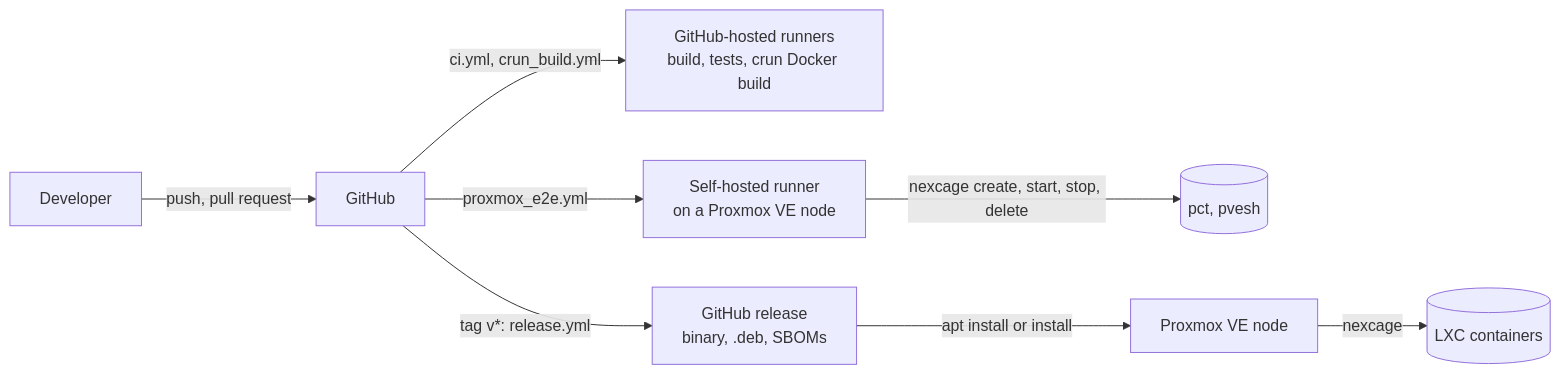
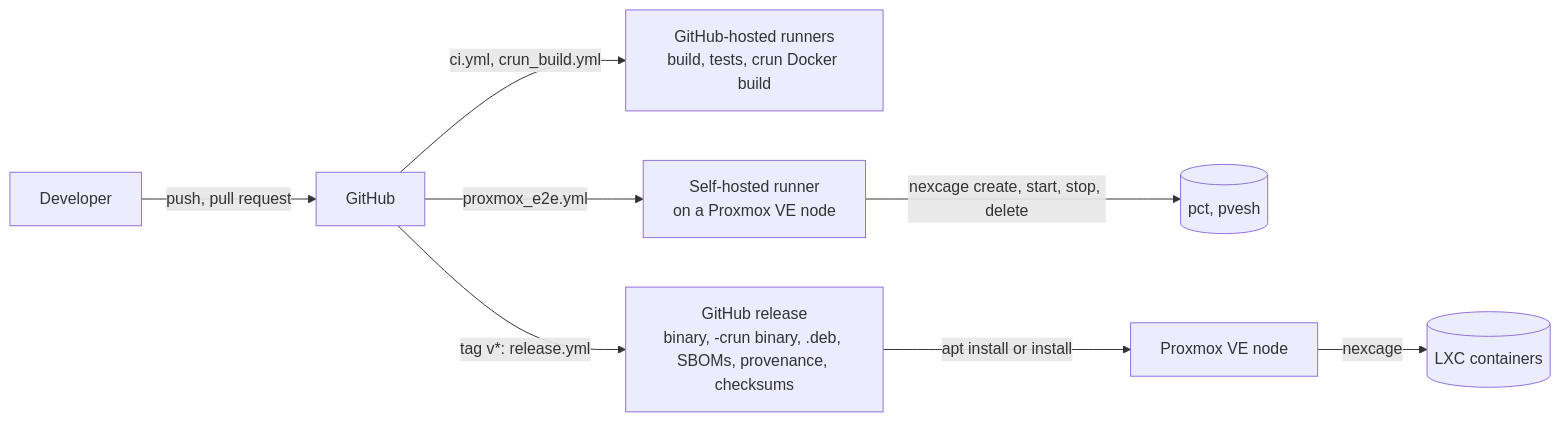
The diagram in docs/architecture/DEPLOYMENT.md (CageForge/nexcage), drawn with Mermaid before and after one commit. The commit also changed 43 other files, not shown here.

````diff
--- a/docs/architecture/DEPLOYMENT.md
+++ b/docs/architecture/DEPLOYMENT.md
@@ -3,10 +3,10 @@
 ```mermaid
 flowchart LR
   Dev[Developer] -- push, pull request --> GH[GitHub]
   GH -- ci.yml, crun_build.yml --> Hosted["GitHub-hosted runners<br/>build, tests, crun Docker build"]
   GH -- proxmox_e2e.yml --> Runner["Self-hosted runner<br/>on a Proxmox VE node"]
   Runner -- nexcage create, start, stop, delete --> E2E[("pct, pvesh")]
-  GH -- "tag v*: release.yml" --> Release["GitHub release<br/>binary, .deb, SBOMs"]
+  GH -- "tag v*: release.yml" --> Release["GitHub release<br/>binary, -crun binary, .deb, SBOMs, provenance, checksums"]
   Release -- apt install or install --> Node["Proxmox VE node"]
   Node -- nexcage --> LXC[("LXC containers")]
 ```
````
